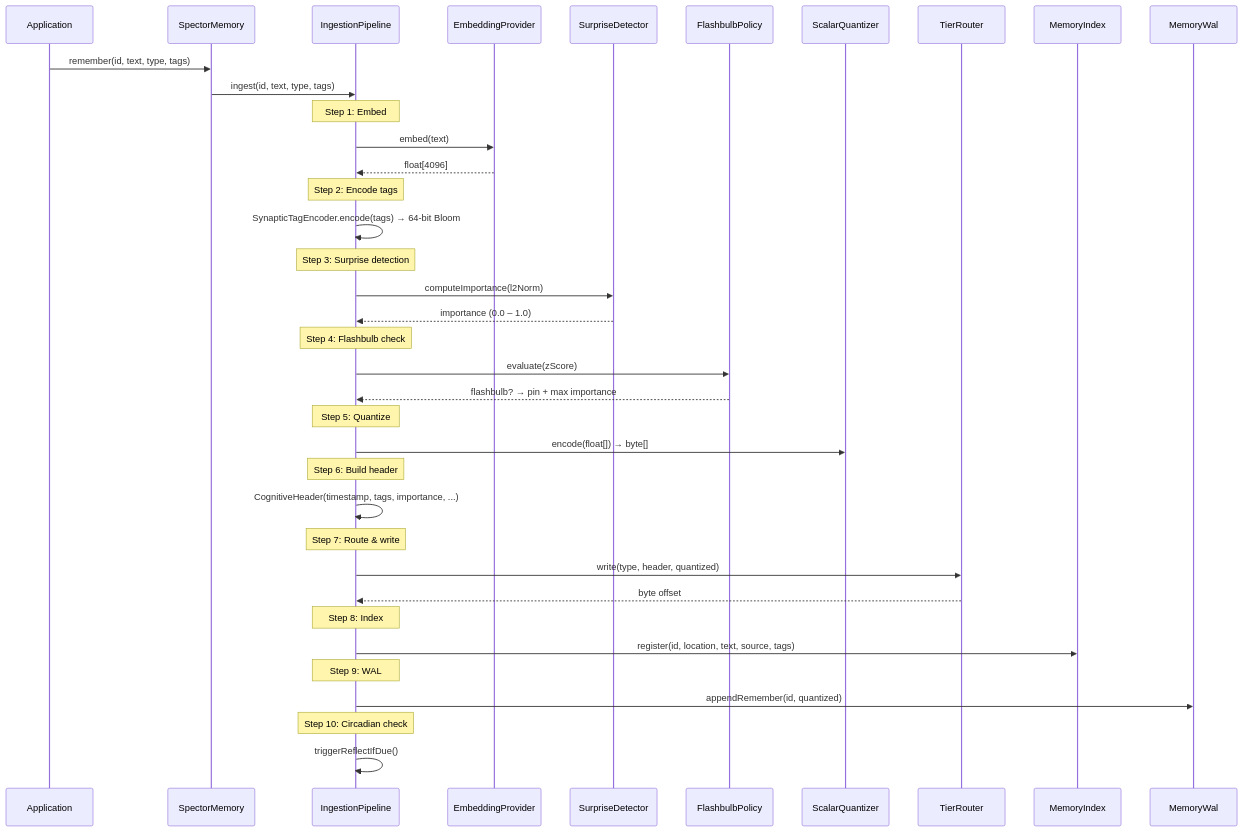
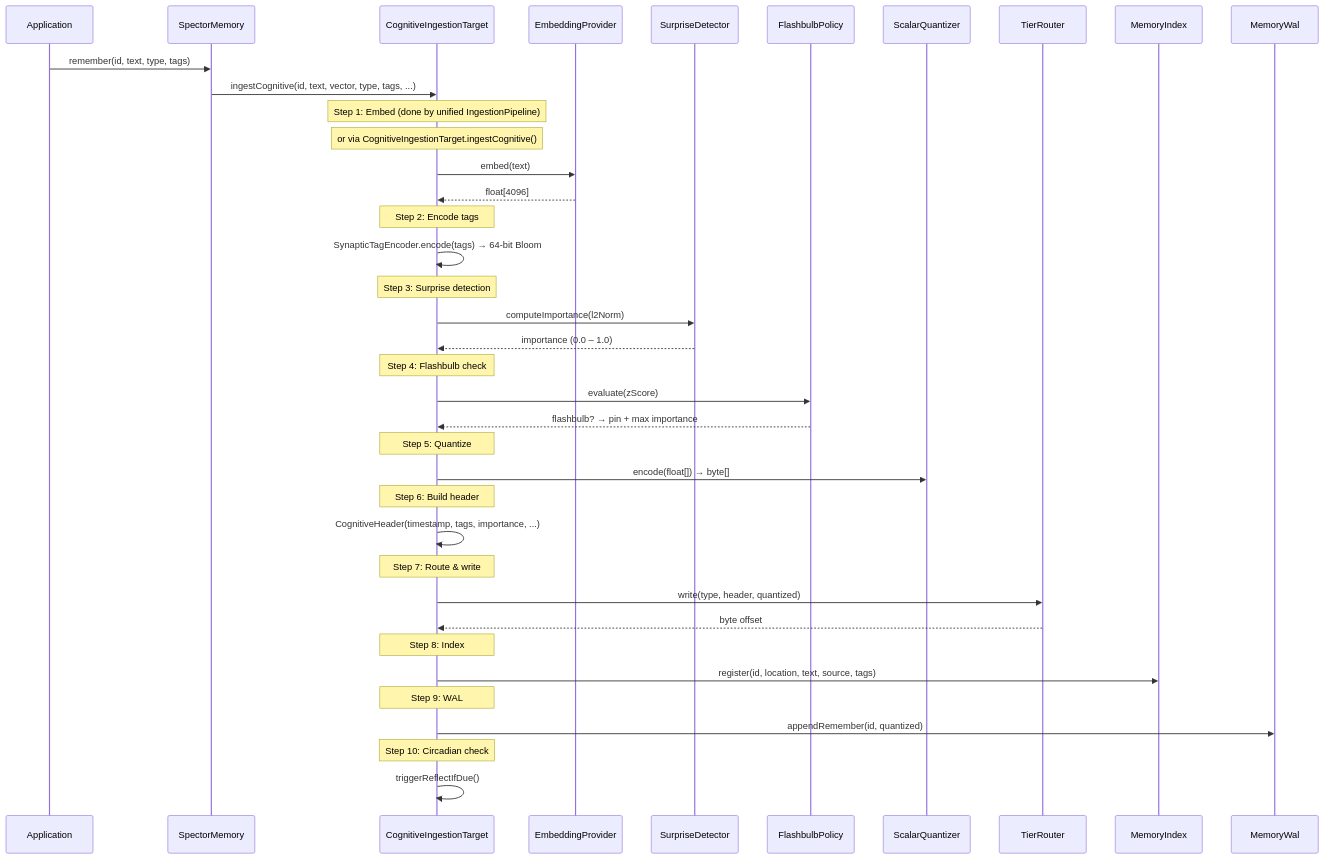
The first of 3 diagrams in docs/docs/memory/architecture.md (spectrayan/spector), drawn with Mermaid before and after one commit. The commit also changed other lines of this file and 8 other files, not shown here.

Commit message:
docs: update architecture docs for memory module and ingestion pipeline

````diff
--- a/docs/docs/memory/architecture.md
+++ b/docs/docs/memory/architecture.md
@@ -28,50 +31,51 @@
 ```mermaid
 sequenceDiagram
     participant App as Application
     participant SM as SpectorMemory
-    participant IP as IngestionPipeline
+    participant CT as CognitiveIngestionTarget
     participant EP as EmbeddingProvider
     participant SD as SurpriseDetector
     participant FP as FlashbulbPolicy
     participant SQ as ScalarQuantizer
     participant TR as TierRouter
     participant MI as MemoryIndex
     participant WAL as MemoryWal
 
     App->>SM: remember(id, text, type, tags)
-    SM->>IP: ingest(id, text, type, tags)
+    SM->>CT: ingestCognitive(id, text, vector, type, tags, ...)
     
-    Note over IP: Step 1: Embed
-    IP->>EP: embed(text)
-    EP-->>IP: float[4096]
+    Note over CT: Step 1: Embed (done by unified IngestionPipeline)
+    Note over CT: or via CognitiveIngestionTarget.ingestCognitive()
+    CT->>EP: embed(text)
+    EP-->>CT: float[4096]
     
-    Note over IP: Step 2: Encode tags
-    IP->>IP: SynapticTagEncoder.encode(tags) → 64-bit Bloom
+    Note over CT: Step 2: Encode tags
+    CT->>CT: SynapticTagEncoder.encode(tags) → 64-bit Bloom
     
-    Note over IP: Step 3: Surprise detection
-    IP->>SD: computeImportance(l2Norm)
-    SD-->>IP: importance (0.0 – 1.0)
+    Note over CT: Step 3: Surprise detection
+    CT->>SD: computeImportance(l2Norm)
+    SD-->>CT: importance (0.0 – 1.0)
     
-    Note over IP: Step 4: Flashbulb check
-    IP->>FP: evaluate(zScore)
-    FP-->>IP: flashbulb? → pin + max importance
+    Note over CT: Step 4: Flashbulb check
+    CT->>FP: evaluate(zScore)
+    FP-->>CT: flashbulb? → pin + max importance
     
-    Note over IP: Step 5: Quantize
-    IP->>SQ: encode(float[]) → byte[]
+    Note over CT: Step 5: Quantize
+    CT->>SQ: encode(float[]) → byte[]
     
-    Note over IP: Step 6: Build header
-    IP->>IP: CognitiveHeader(timestamp, tags, importance, ...)
+    Note over CT: Step 6: Build header
+    CT->>CT: CognitiveHeader(timestamp, tags, importance, ...)
     
-    Note over IP: Step 7: Route & write
-    IP->>TR: write(type, header, quantized)
-    TR-->>IP: byte offset
+    Note over CT: Step 7: Route & write
+    CT->>TR: write(type, header, quantized)
+    TR-->>CT: byte offset
     
-    Note over IP: Step 8: Index
-    IP->>MI: register(id, location, text, source, tags)
+    Note over CT: Step 8: Index
+    CT->>MI: register(id, location, text, source, tags)
     
-    Note over IP: Step 9: WAL
-    IP->>WAL: appendRemember(id, quantized)
+    Note over CT: Step 9: WAL
+    CT->>WAL: appendRemember(id, quantized)
     
-    Note over IP: Step 10: Circadian check
-    IP->>IP: triggerReflectIfDue()
+    Note over CT: Step 10: Circadian check
+    CT->>CT: triggerReflectIfDue()
 ```
````
